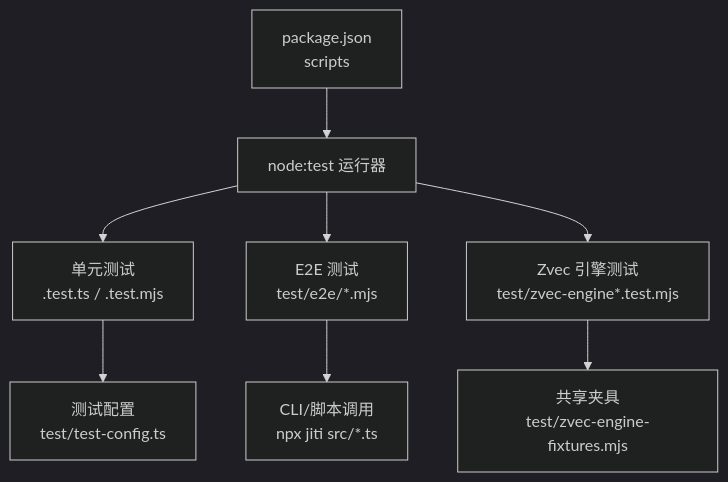
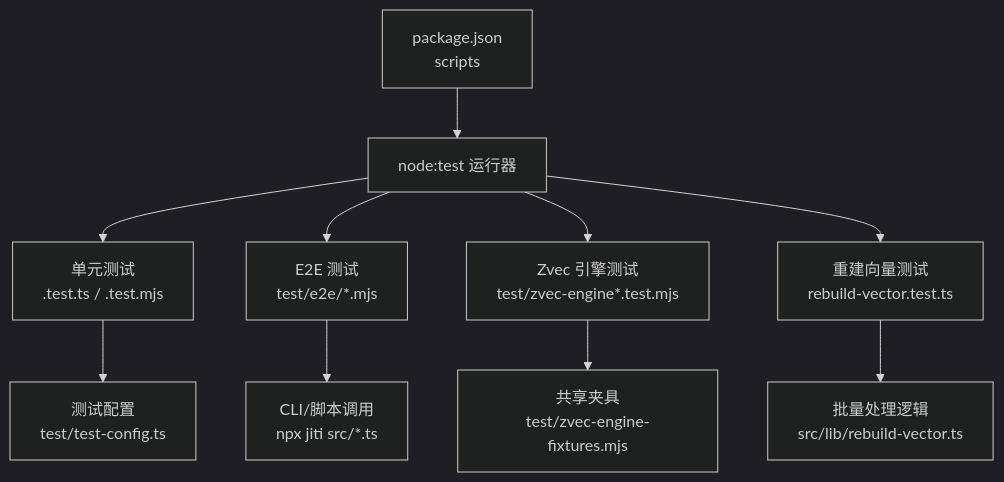
One commit to HACK-WU/kisearch changed the first of 5 diagrams in .qoder/repowiki/zh/content/开发指南/测试指南/测试指南.md. Above: the diagram before and after it, drawn with Mermaid (dark theme). The commit also changed other lines of this file and 129 other files, not shown here.

````diff
--- a/.qoder/repowiki/zh/content/开发指南/测试指南/测试指南.md
+++ b/.qoder/repowiki/zh/content/开发指南/测试指南/测试指南.md
@@ -39,10 +51,12 @@
 ```mermaid
 graph TB
 A["package.json<br/>scripts"] --> B["node:test 运行器"]
 B --> C["单元测试<br/>.test.ts / .test.mjs"]
 B --> D["E2E 测试<br/>test/e2e/*.mjs"]
 B --> E["Zvec 引擎测试<br/>test/zvec-engine*.test.mjs"]
-C --> F["测试配置<br/>test/test-config.ts"]
-E --> G["共享夹具<br/>test/zvec-engine-fixtures.mjs"]
-D --> H["CLI/脚本调用<br/>npx jiti src/*.ts"]
+B --> F["重建向量测试<br/>rebuild-vector.test.ts"]
+C --> G["测试配置<br/>test/test-config.ts"]
+E --> H["共享夹具<br/>test/zvec-engine-fixtures.mjs"]
+F --> I["批量处理逻辑<br/>src/lib/rebuild-vector.ts"]
+D --> J["CLI/脚本调用<br/>npx jiti src/*.ts"]
 ```
````
